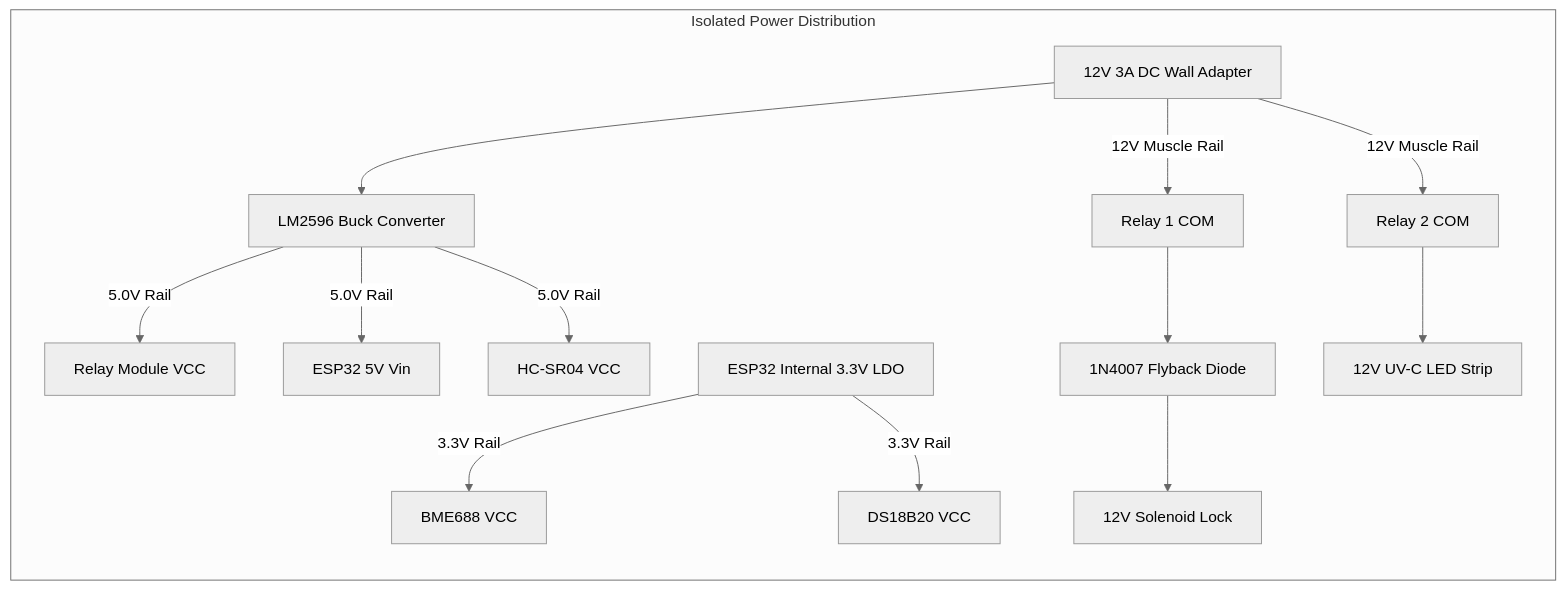
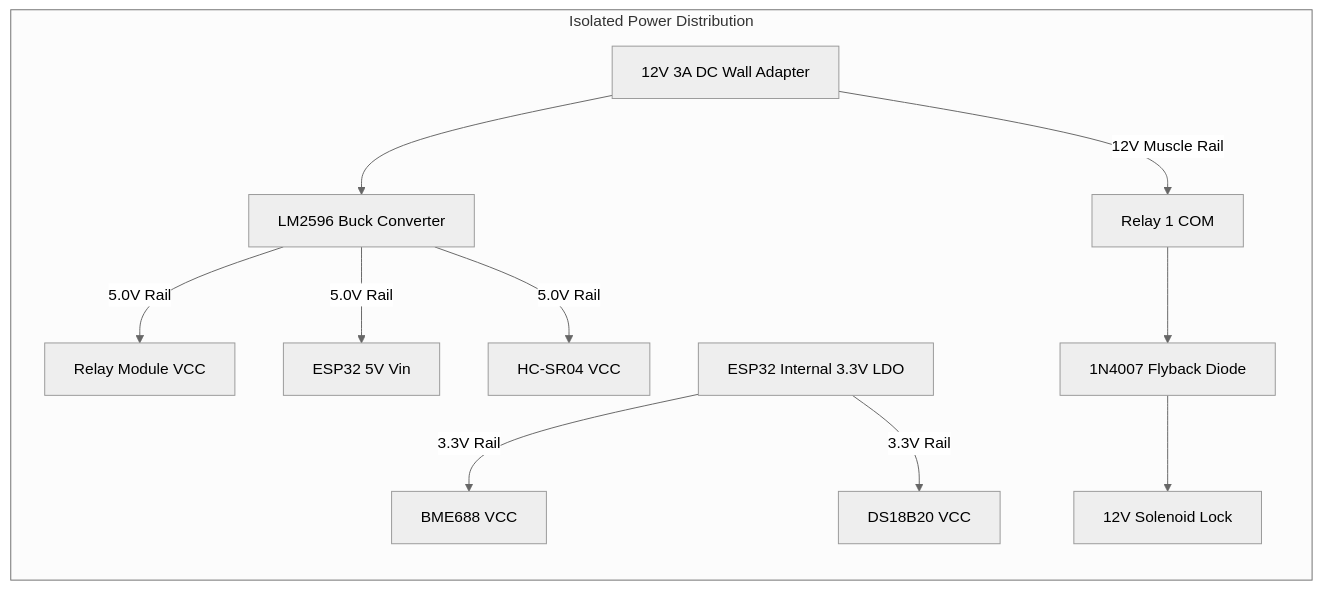
Before and after one commit to TamboliSara/ASEP2-PWA-2.0: the second of 3 diagrams in docs/02_SYSTEM_ARCHITECTURE.md, drawn with Mermaid (neutral theme). The commit also changed other lines of this file and 9 other files, not shown here.

````diff
--- a/docs/02_SYSTEM_ARCHITECTURE.md
+++ b/docs/02_SYSTEM_ARCHITECTURE.md
@@ -105,16 +102,14 @@
 ```mermaid
 graph LR
     subgraph PowerSystem ["Isolated Power Distribution"]
         PSU["12V 3A DC Wall Adapter"] --> LM2596["LM2596 Buck Converter"]
         LM2596 -- "5.0V Rail" --> RelayVCC["Relay Module VCC"]
         LM2596 -- "5.0V Rail" --> ESP32VCC["ESP32 5V Vin"]
         LM2596 -- "5.0V Rail" --> UltrasonicVCC["HC-SR04 VCC"]
         ESP32LDO["ESP32 Internal 3.3V LDO"] -- "3.3V Rail" --> BME688VCC["BME688 VCC"]
         ESP32LDO -- "3.3V Rail" --> DS18B20VCC["DS18B20 VCC"]
         
         PSU -- "12V Muscle Rail" --> SolenoidCOM["Relay 1 COM"]
-        PSU -- "12V Muscle Rail" --> UVCCOM["Relay 2 COM"]
         SolenoidCOM --> Diode["1N4007 Flyback Diode"] --> Solenoid["12V Solenoid Lock"]
-        UVCCOM --> UVCLED["12V UV-C LED Strip"]
     end
 ```
````
